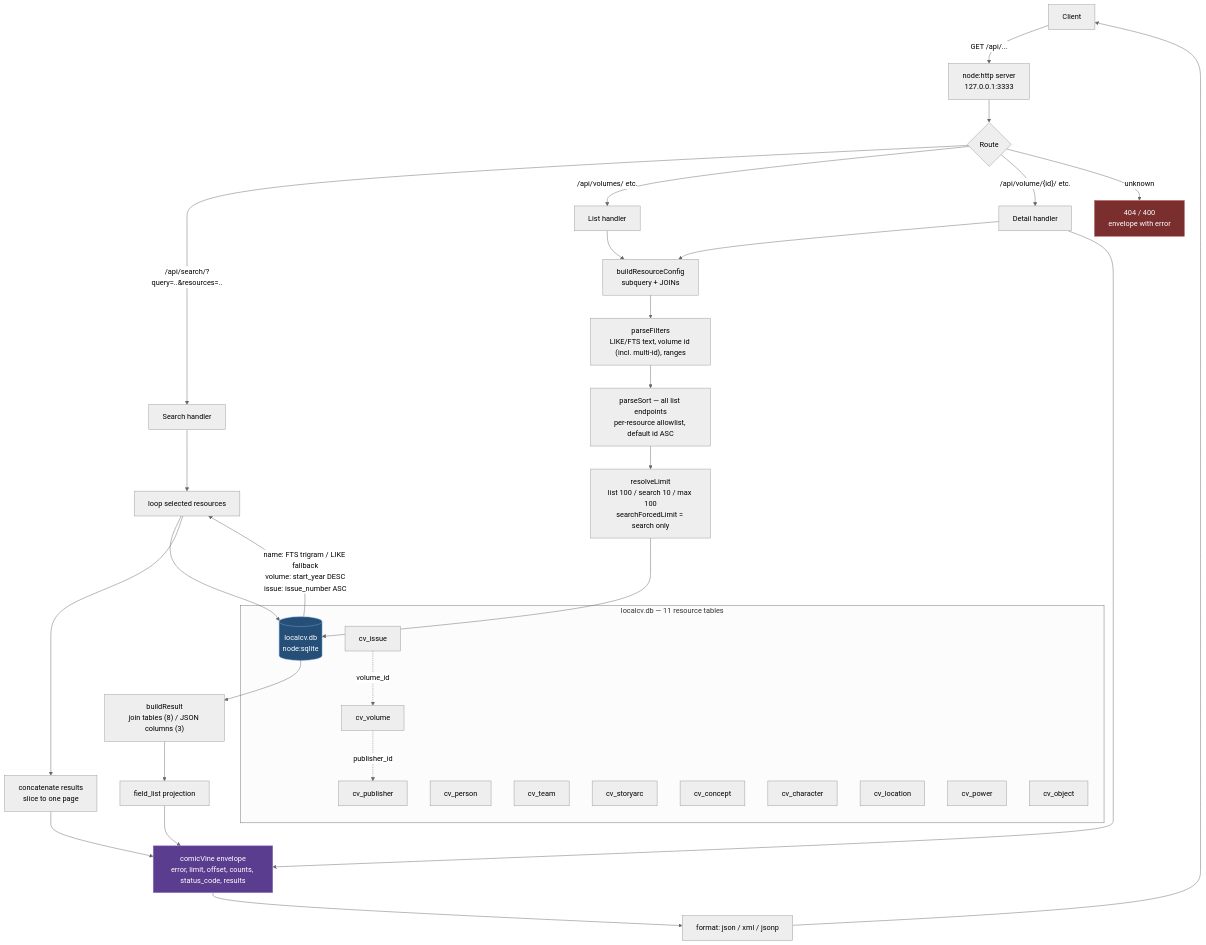
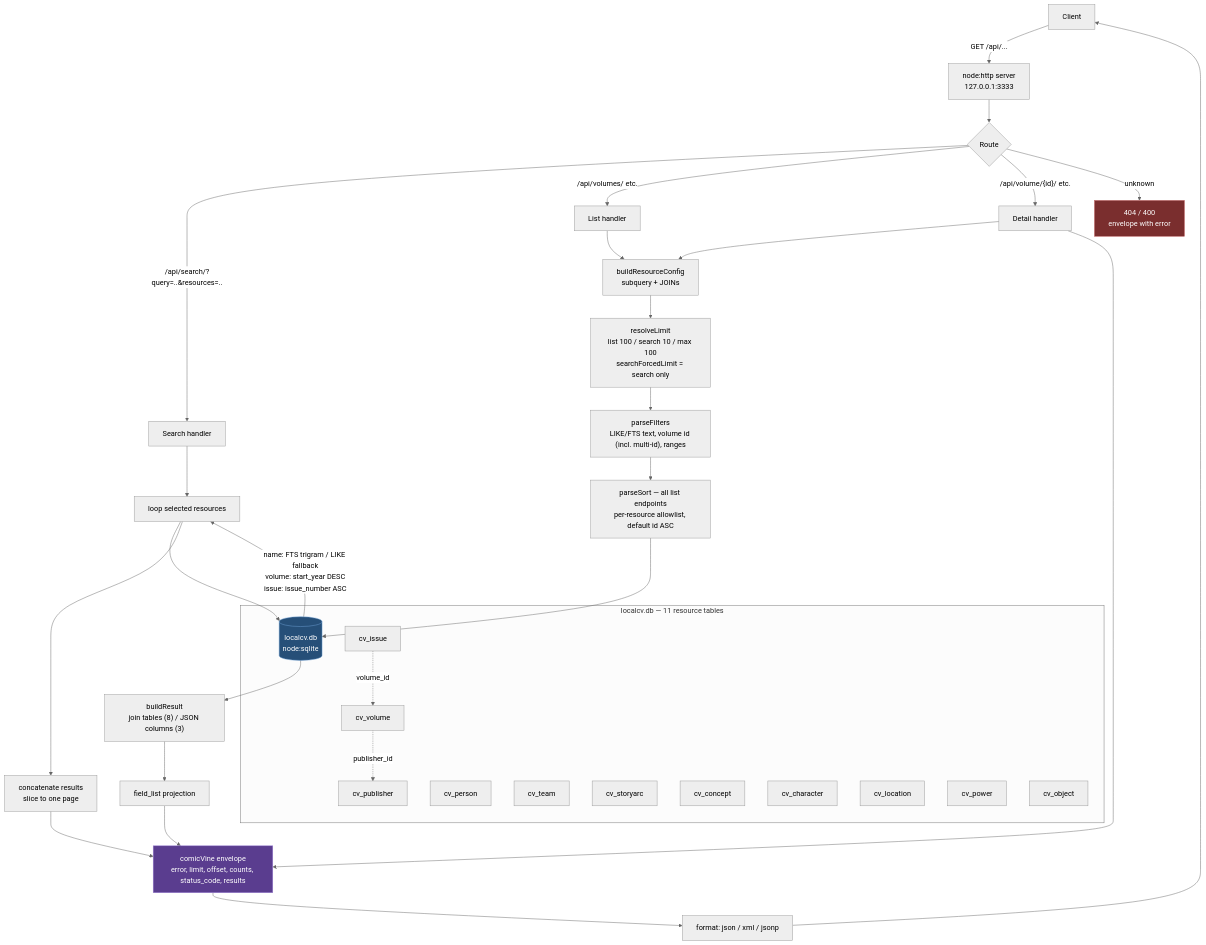
The first of 3 diagrams in docs/architecture.md (javabits-github/local-comicvine-api), drawn with Mermaid (neutral theme) before and after one commit. The commit also changed 2 other files, not shown here.

Commit message:
docs(architecture): draw list/detail parameter steps in the code's call order (DOC-2)

````diff
--- a/docs/architecture.md
+++ b/docs/architecture.md
@@ -5,51 +5,51 @@
 ```mermaid
 flowchart TB
     C[Client] -->|GET /api/...| S[node:http server<br/>127.0.0.1:3333]
 
     S --> R{"Route"}
     R -->|/api/search/?query=..&resources=..| SE[Search handler]
     R -->|/api/volumes/ etc.| LE[List handler]
     R -->|"/api/volume/{id}/ etc."| DE["Detail handler"]
     R -->|unknown| NF[404 / 400<br/>envelope with error]
 
     SE --> LO[loop selected resources]
     LO --> Q[(localcv.db<br/>node:sqlite)]
     Q -->|"name: FTS trigram / LIKE fallback<br/>volume: start_year DESC<br/>issue: issue_number ASC"| LO
     LO --> CAT[concatenate results<br/>slice to one page]
 
     LE --> CFG[buildResourceConfig<br/>subquery + JOINs]
     DE --> CFG
-    CFG --> F["parseFilters<br/>LIKE/FTS text, volume id (incl. multi-id), ranges"]
+    CFG --> L[resolveLimit<br/>list 100 / search 10 / max 100<br/>searchForcedLimit = search only]
+    L --> F["parseFilters<br/>LIKE/FTS text, volume id (incl. multi-id), ranges"]
     F --> SO[parseSort — all list endpoints<br/>per-resource allowlist, default id ASC]
-    SO --> L[resolveLimit<br/>list 100 / search 10 / max 100<br/>searchForcedLimit = search only]
-    L --> Q
+    SO --> Q
 
     Q --> B["buildResult<br/>join tables (8) / JSON columns (3)"]
     B --> FL[field_list projection]
     FL --> EN[comicVine envelope<br/>error, limit, offset, counts, status_code, results]
     CAT --> EN
     DE --> EN
     EN --> FM[format: json / xml / jsonp]
     FM --> C
 
     subgraph DB [localcv.db — 11 resource tables]
         Q
         PUB[cv_publisher]
         VOL[cv_volume]
         ISS[cv_issue]
         PER[cv_person]
         TEAM[cv_team]
         ARC[cv_storyarc]
         CON[cv_concept]
         CHAR[cv_character]
         LOC[cv_location]
         POW[cv_power]
         OBJ[cv_object]
         VOL -. publisher_id .-> PUB
         ISS -. volume_id .-> VOL
     end
 
     style Q fill:#264f78,stroke:#6ea1d6,color:#fff
     style EN fill:#5a3d8f,stroke:#9b7fd4,color:#fff
     style NF fill:#7a2e2e,stroke:#c06060,color:#fff
 ```
````
